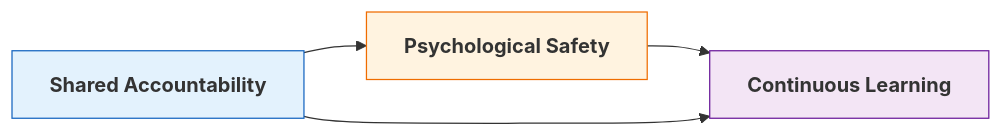
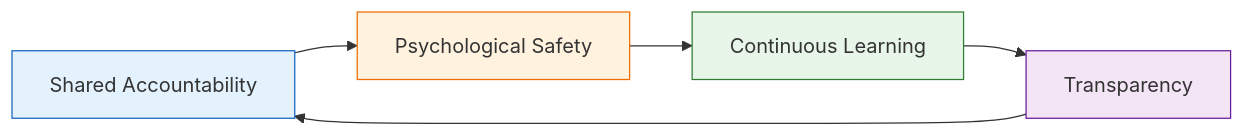
One commit to thomgiles/DSDSP changed the fifth of 5 diagrams in training_site/essential_digital_skills/episodes/02-digital_delivery.qmd. Above: the diagram before and after it, drawn with Mermaid. The commit also changed other lines of this file and 6 other files, not shown here.

````diff
--- a/training_site/essential_digital_skills/episodes/02-digital_delivery.qmd
+++ b/training_site/essential_digital_skills/episodes/02-digital_delivery.qmd
@@ -441,8 +293,12 @@
 ```{mermaid}
 flowchart LR
-    A["<b>Shared Accountability</b>"]:::a --> B["<b>Psychological Safety</b>"]:::b --> C["<b>Continuous Learning</b>"]:::c
-    A --> C
-    classDef a fill:#E3F2FD,stroke:#1565C0,stroke-width:1px
-    classDef b fill:#FFF3E0,stroke:#EF6C00,stroke-width:1px
-    classDef c fill:#F3E5F5,stroke:#6A1B9A,stroke-width:1px
+    A[Shared Accountability] --> B[Psychological Safety]
+    B --> C[Continuous Learning]
+    C --> D[Transparency]
+    D --> A
+
+    style A fill:#E3F2FD,stroke:#1565C0,stroke-width:1px
+    style B fill:#FFF3E0,stroke:#EF6C00,stroke-width:1px
+    style C fill:#E8F5E9,stroke:#2E7D32,stroke-width:1px
+    style D fill:#F3E5F5,stroke:#6A1B9A,stroke-width:1px
 ```
````
